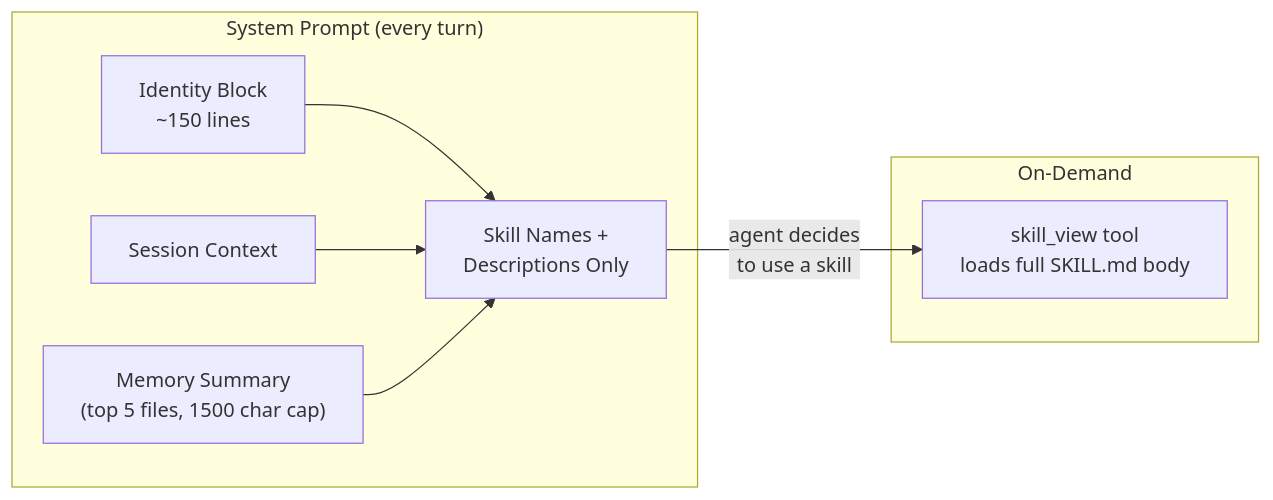
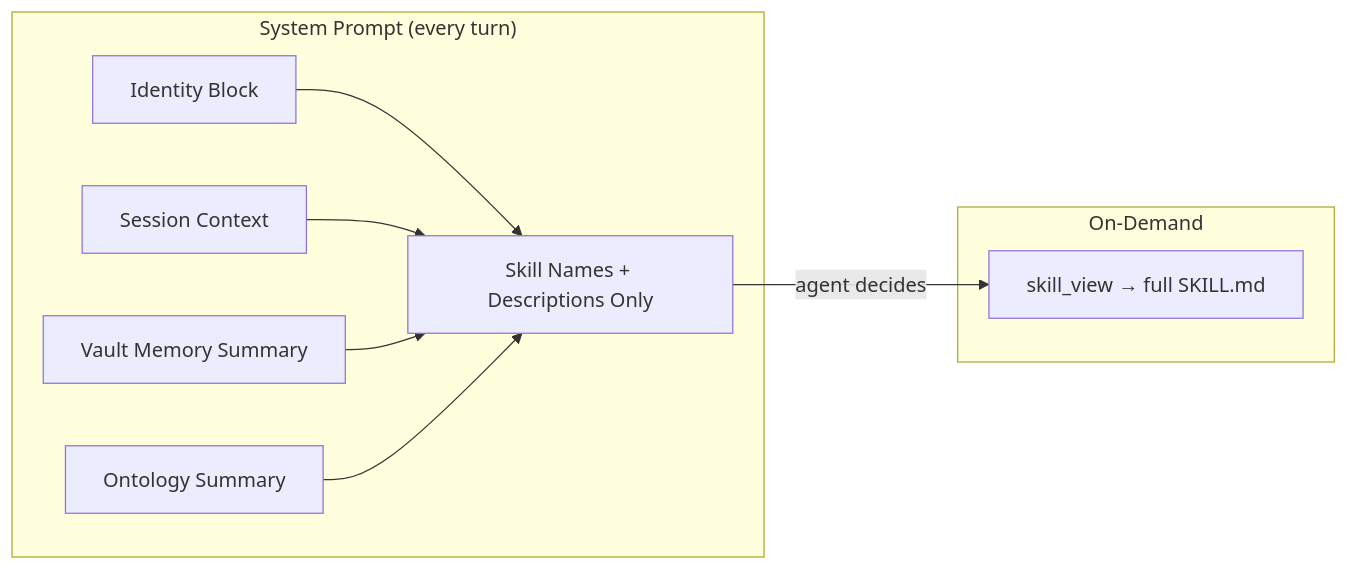
One commit to NinoCoelho/nexus changed the third of 11 diagrams in README.md. Above: the diagram before and after it, drawn with Mermaid. The commit also changed other lines of this file and 1 other file, not shown here.

````diff
--- a/README.md
+++ b/README.md
@@ -282,18 +252,20 @@
 ```mermaid
 graph LR
     subgraph "System Prompt (every turn)"
-        ID["Identity Block<br/>~150 lines"]
+        ID["Identity Block"]
         CTX["Session Context"]
-        SD["Skill Names +<br/>Descriptions Only"]
-        MEM["Memory Summary<br/>(top 5 files, 1500 char cap)"]
+        SD["Skill Names + Descriptions Only"]
+        MEM["Vault Memory Summary"]
+        ONTO["Ontology Summary"]
     end
 
     subgraph "On-Demand"
-        SV["skill_view tool<br/>loads full SKILL.md body"]
+        SV["skill_view → full SKILL.md"]
     end
 
     ID --> SD
     CTX --> SD
     MEM --> SD
-    SD -->|"agent decides<br/>to use a skill"| SV
+    ONTO --> SD
+    SD -->|"agent decides"| SV
 ```
````
